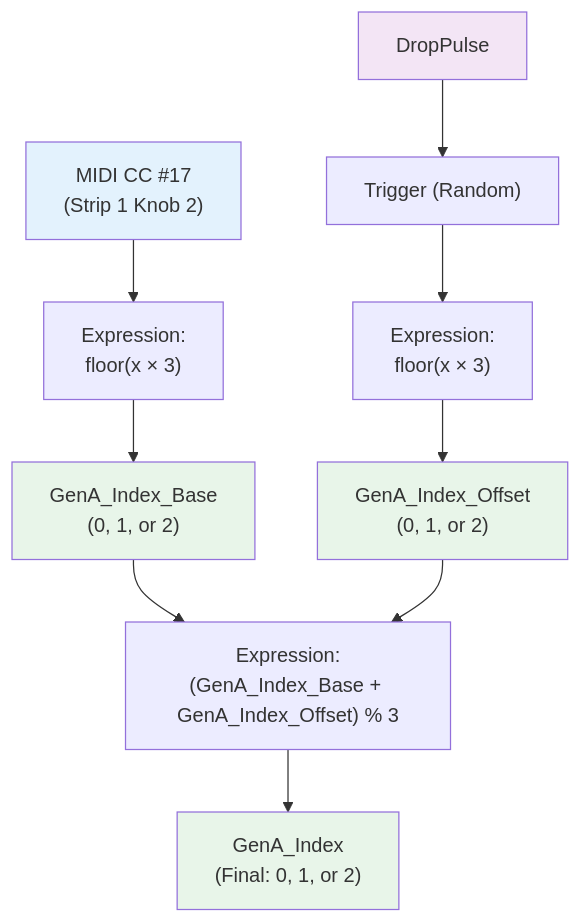
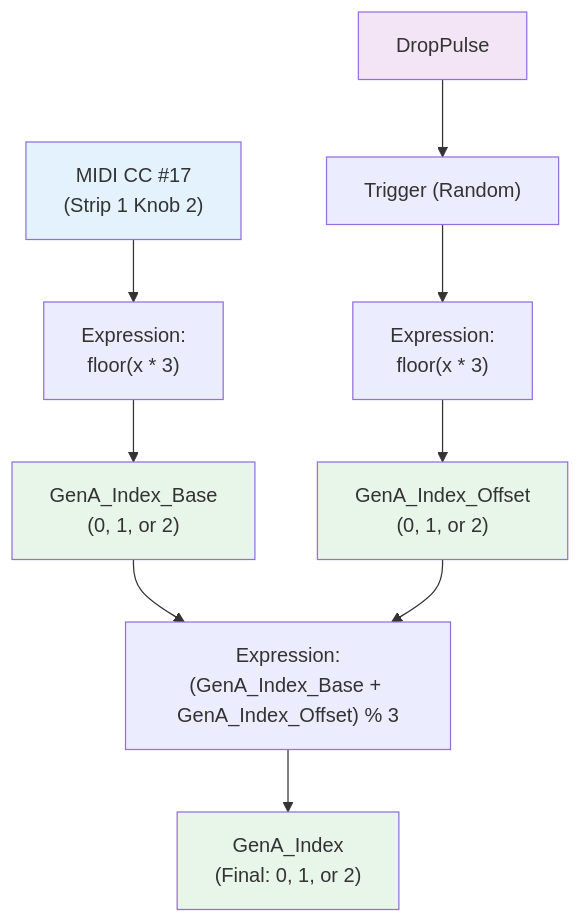
One commit to abossard/synesthesia-visuals changed diagram 12 of 19 in docs/mmv-master-pipeline-guide.md. Above: the diagram before and after it, drawn with Mermaid. The commit also changed other lines of this file, not shown here.

Commit message:
Fix symbol consistency in MMV guide diagrams

````diff
--- a/docs/mmv-master-pipeline-guide.md
+++ b/docs/mmv-master-pipeline-guide.md
@@ -618,19 +618,19 @@
 ```mermaid
 flowchart TD
-    MIDI_INDEX["MIDI CC #17<br/>(Strip 1 Knob 2)"] --> EXPR_BASE["Expression:<br/>floor(x × 3)"]
+    MIDI_INDEX["MIDI CC #17<br/>(Strip 1 Knob 2)"] --> EXPR_BASE["Expression:<br/>floor(x * 3)"]
     EXPR_BASE --> INDEX_BASE["GenA_Index_Base<br/>(0, 1, or 2)"]
     
     DROP_PULSE_IN["DropPulse"] --> TRIG_RAND["Trigger (Random)"]
-    TRIG_RAND --> EXPR_RAND["Expression:<br/>floor(x × 3)"]
+    TRIG_RAND --> EXPR_RAND["Expression:<br/>floor(x * 3)"]
     EXPR_RAND --> INDEX_OFFSET["GenA_Index_Offset<br/>(0, 1, or 2)"]
     
     INDEX_BASE --> EXPR_FINAL["Expression:<br/>(GenA_Index_Base + GenA_Index_Offset) % 3"]
     INDEX_OFFSET --> EXPR_FINAL
     EXPR_FINAL --> INDEX["GenA_Index<br/>(Final: 0, 1, or 2)"]
     
     style MIDI_INDEX fill:#e3f2fd
     style DROP_PULSE_IN fill:#f3e5f5
     style INDEX_BASE fill:#e8f5e9
     style INDEX_OFFSET fill:#e8f5e9
     style INDEX fill:#e8f5e9
 ```
````
